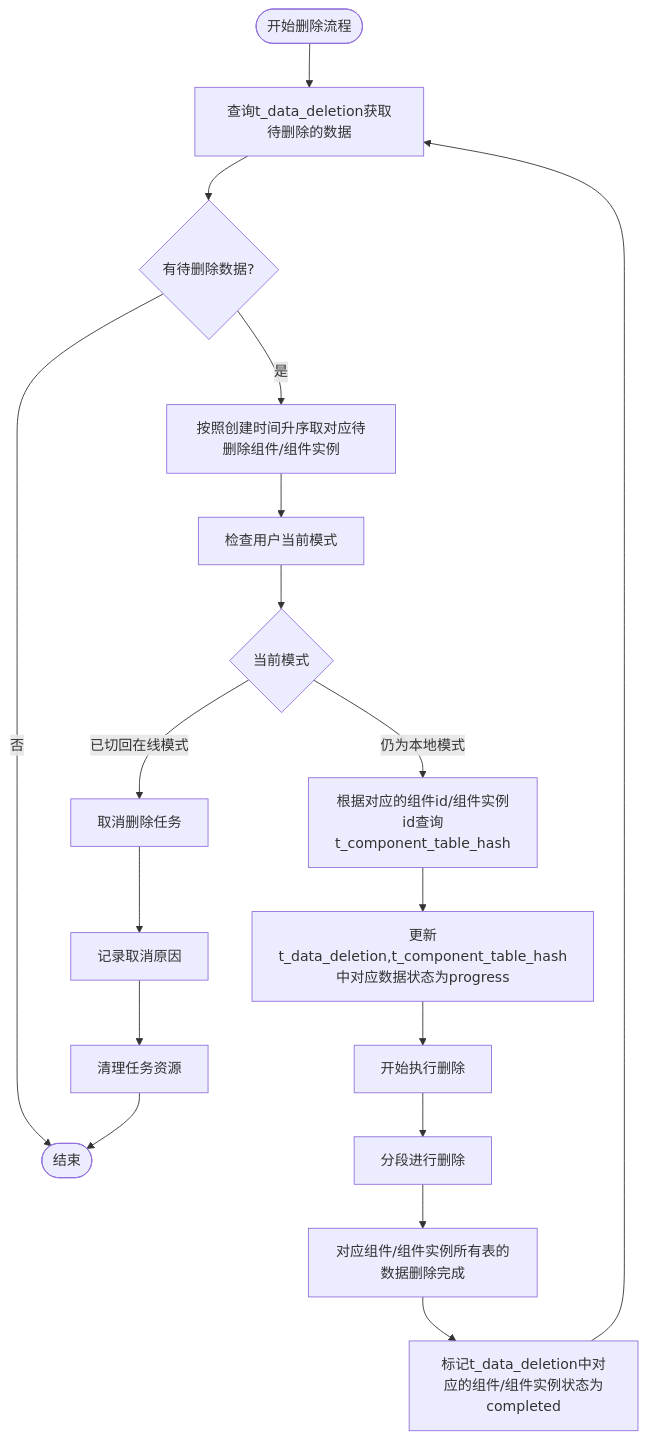
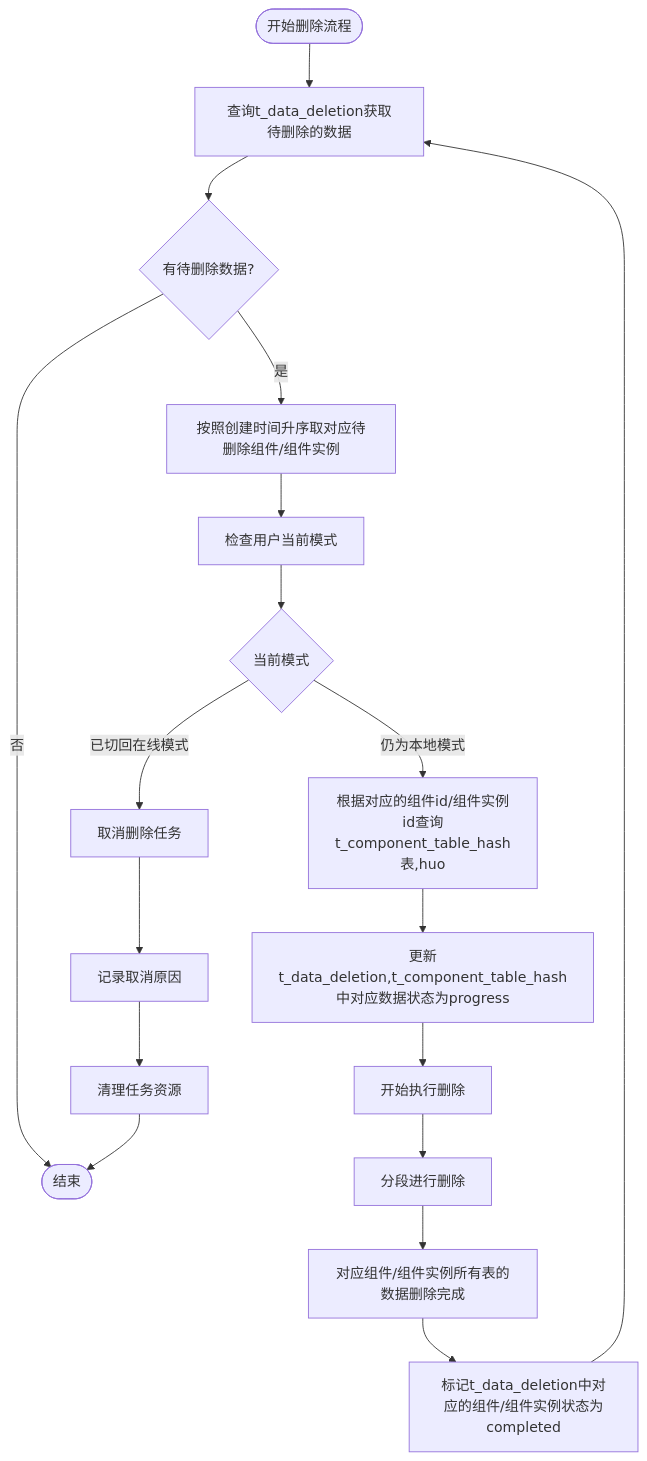
One commit to yingjianzh/iodraw-files changed the diagram in all/未命名-51.md. Above: the diagram before and after it, drawn with Mermaid.

Commit message:
2025-05-08 15:44:51 update

````diff
--- a/all/未命名-51.md
+++ b/all/未命名-51.md
@@ -1,28 +1,28 @@
 ```mermaid
 flowchart TD
     Start([开始删除流程]) --> FetchTasks[查询t_data_deletion获取待删除的数据]
     FetchTasks --> HasTasks{有待删除数据?}
     
     HasTasks -->|否| End([结束])
     HasTasks -->|是| PrioritizeTasks[按照创建时间升序取对应待删除组件/组件实例]
     
     PrioritizeTasks --> CheckUserMode[检查用户当前模式]
     
     CheckUserMode --> CurrentMode{当前模式}
     CurrentMode -->|已切回在线模式| TaskCancel[取消删除任务]
-    CurrentMode -->|仍为本地模式| LockTask[根据对应的组件id/组件实例id查询t_component_table_hash]
+    CurrentMode -->|仍为本地模式| LockTask[根据对应的组件id/组件实例id查询t_component_table_hash表,huo]
     
     LockTask --> UpdateStatus[更新t_data_deletion,t_component_table_hash中对应数据状态为progress]
     UpdateStatus --> BeginDeletion[开始执行删除]
     
     BeginDeletion --> A[分段进行删除]
     
     A --> B[对应组件/组件实例所有表的数据删除完成]
     B --> MarkCompleted[标记t_data_deletion中对应的组件/组件实例状态为completed]
     
     TaskCancel --> LogCancellation[记录取消原因]
     LogCancellation --> CleanupTask[清理任务资源]
     
     MarkCompleted --> FetchTasks
     CleanupTask --> End
 ```
````
